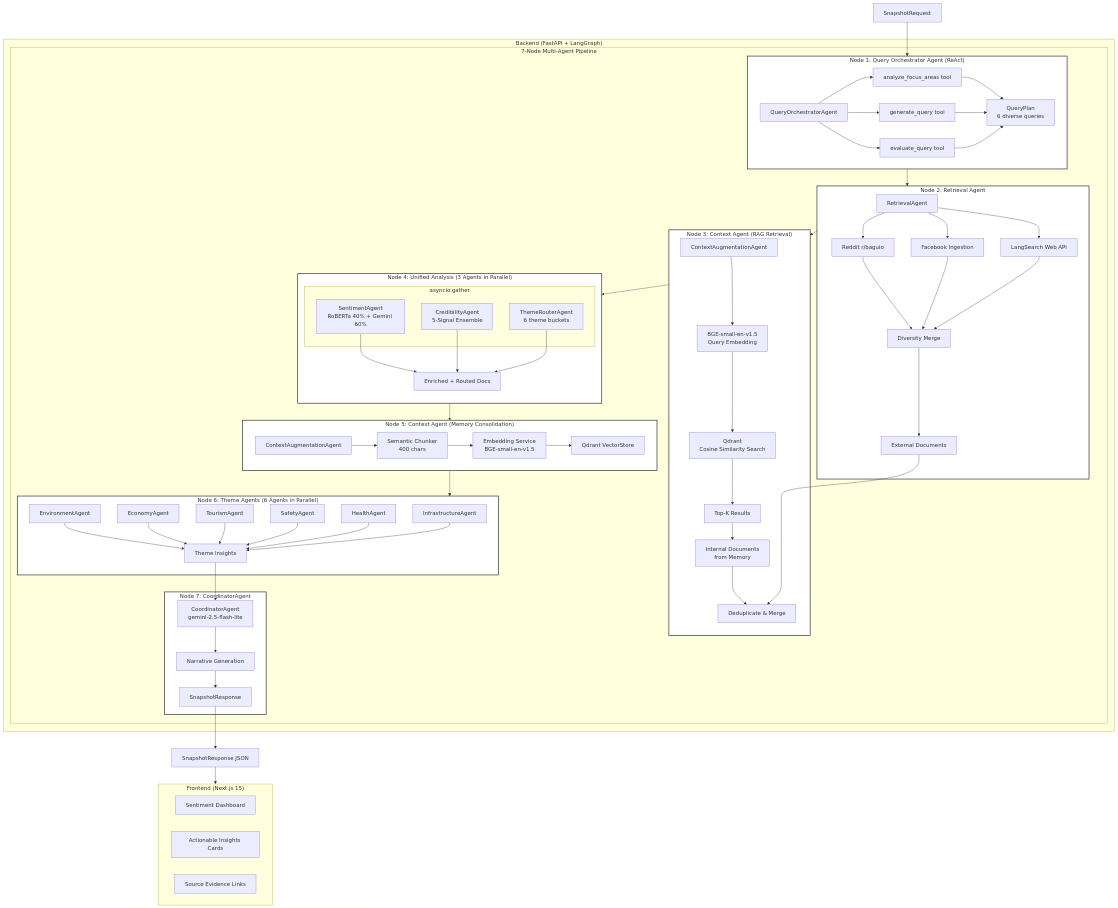
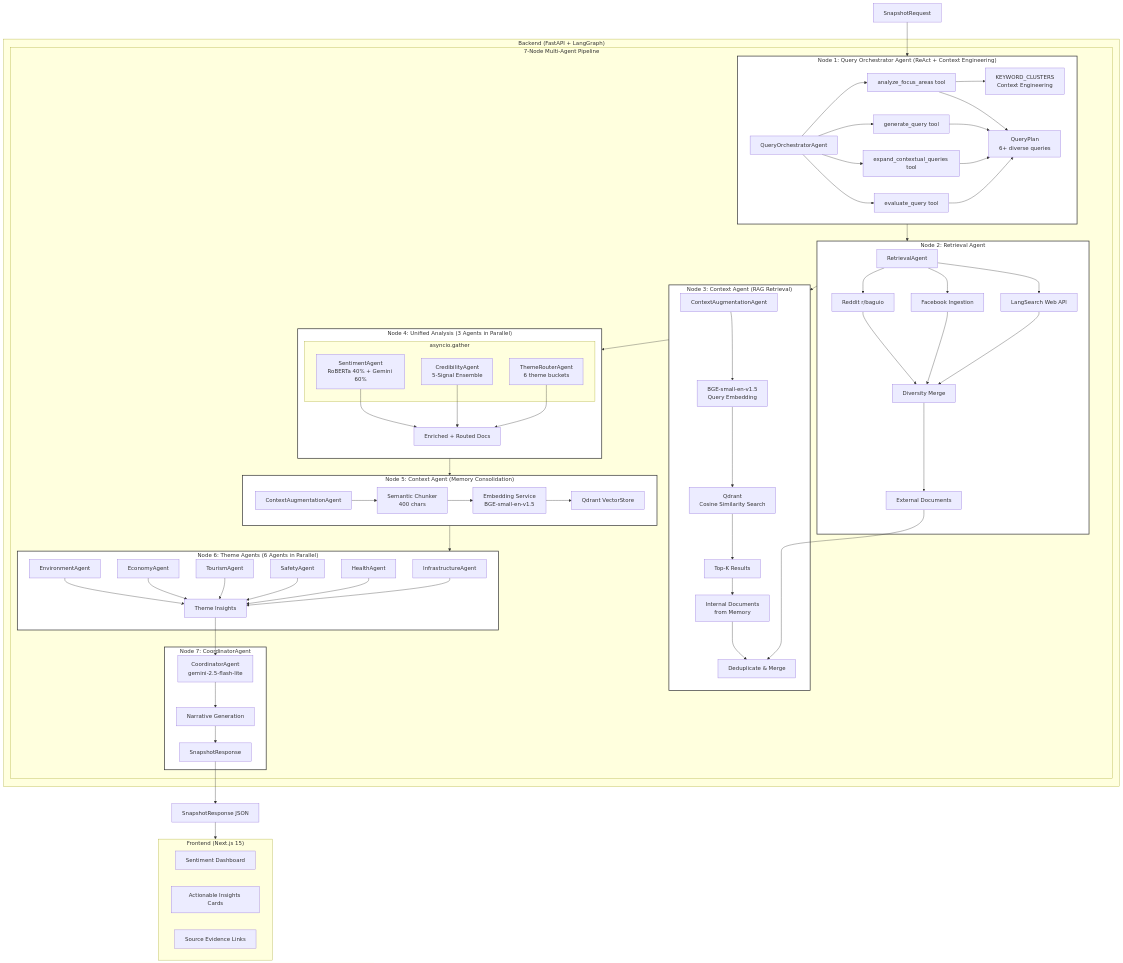
One commit to donyelqt/Hinaing changed the first of 3 diagrams in docs/ARCHITECTURE.md. Above: the diagram before and after it, drawn with Mermaid. The commit also changed other lines of this file and 5 other files, not shown here.

```diff
--- a/docs/ARCHITECTURE.md
+++ b/docs/ARCHITECTURE.md
@@ -90,14 +94,17 @@
     subgraph Backend["Backend (FastAPI + LangGraph)"]
         subgraph Workflow["7-Node Multi-Agent Pipeline"]
             
-            subgraph Node1["Node 1: Query Orchestrator Agent (ReAct)"]
+            subgraph Node1["Node 1: Query Orchestrator Agent (ReAct + Context Engineering)"]
                 QO[QueryOrchestratorAgent]
                 T1[analyze_focus_areas tool]
                 T2[generate_query tool]
-                T3[evaluate_query tool]
-                QO --> T1 & T2 & T3
-                QP[QueryPlan<br/>6 diverse queries]
-                T1 & T2 & T3 --> QP
+                T3[expand_contextual_queries tool]
+                T4[evaluate_query tool]
+                KC[KEYWORD_CLUSTERS<br/>Context Engineering]
+                QO --> T1 & T2 & T3 & T4
+                T1 --> KC
+                QP[QueryPlan<br/>6+ diverse queries]
+                T1 & T2 & T3 & T4 --> QP
             end
 
             subgraph Node2["Node 2: Retrieval Agent"]
```
